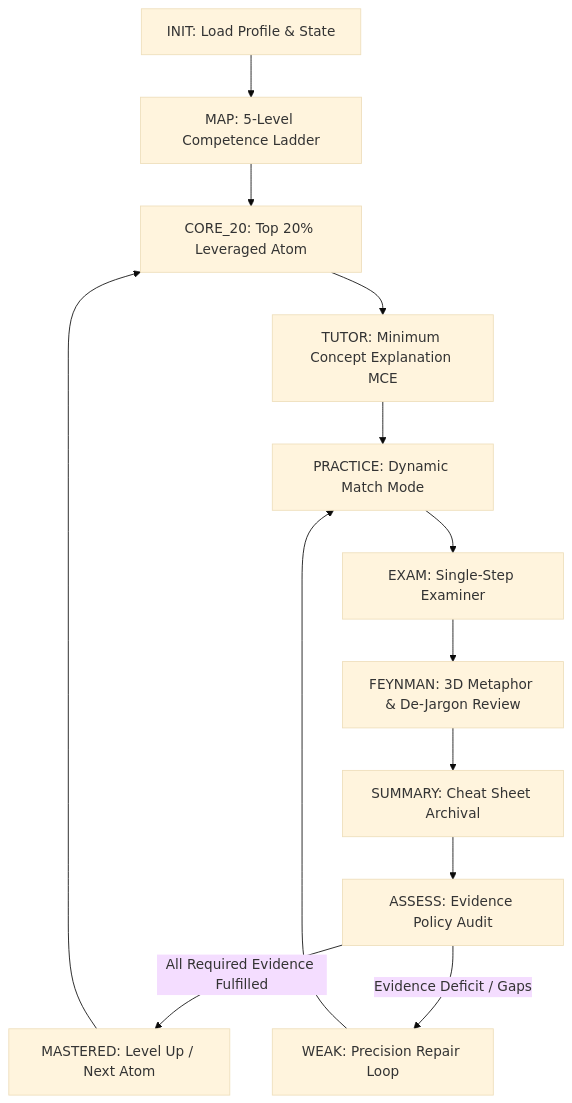
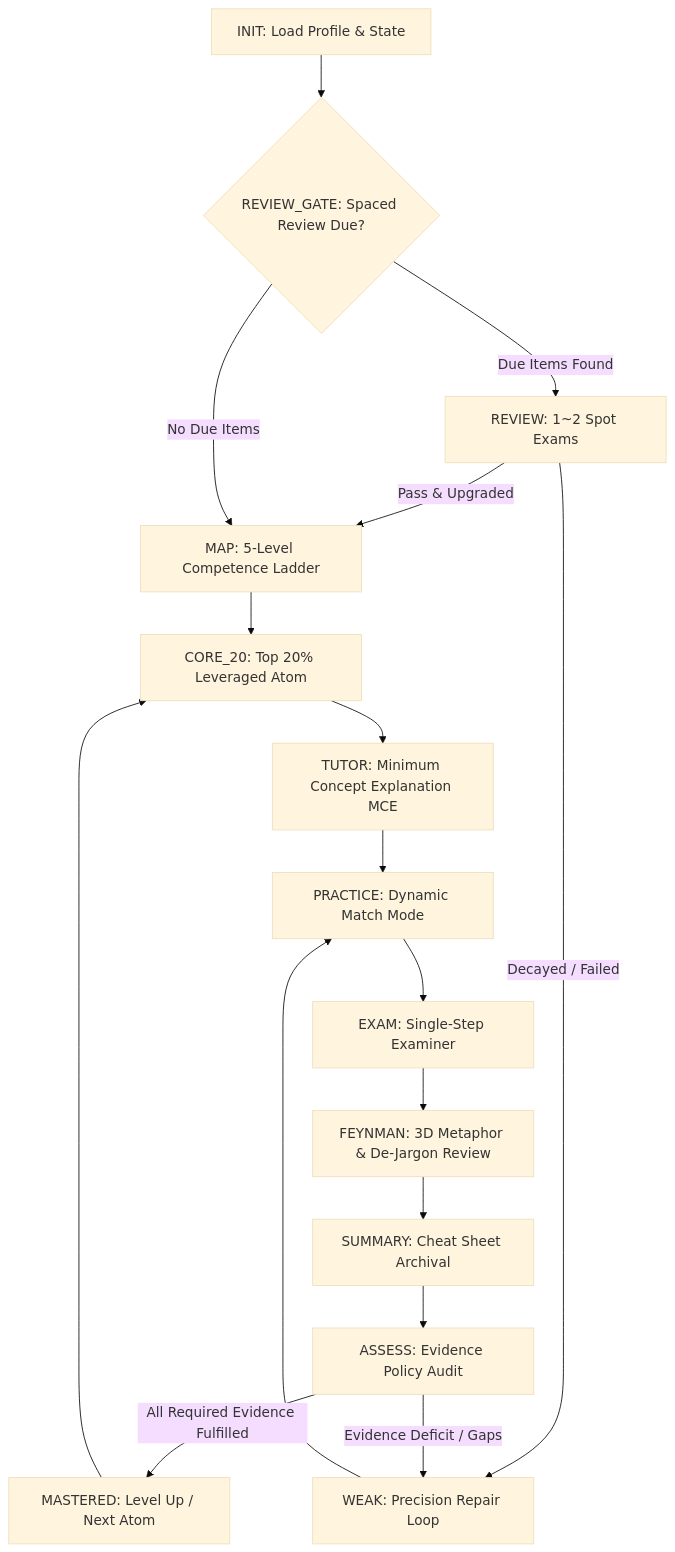
One commit to 1183213030/ai-learning-coach changed the diagram in README.md. Above: the diagram before and after it, drawn with Mermaid (base theme). The commit also changed other lines of this file and 10 other files, not shown here.

Commit message:
feat: integrate Ebbinghaus spaced repetition review engine, add Chinese README and enhance protocol v1.1.0

````diff
--- a/README.md
+++ b/README.md
@@ -58,16 +60,20 @@
 ```mermaid
 graph TD
-    INIT[INIT: Load Profile & State] --> MAP[MAP: 5-Level Competence Ladder]
+    INIT[INIT: Load Profile & State] --> REVIEW_GATE{REVIEW_GATE: Spaced Review Due?}
+    REVIEW_GATE -->|Due Items Found| SPOT_EXAM[REVIEW: 1~2 Spot Exams]
+    SPOT_EXAM -->|Pass & Upgraded| MAP[MAP: 5-Level Competence Ladder]
+    SPOT_EXAM -->|Decayed / Failed| WEAK[WEAK: Precision Repair Loop]
+    REVIEW_GATE -->|No Due Items| MAP
     MAP --> CORE_20[CORE_20: Top 20% Leveraged Atom]
     CORE_20 --> TUTOR[TUTOR: Minimum Concept Explanation MCE]
     TUTOR --> PRACTICE[PRACTICE: Dynamic Match Mode]
     PRACTICE --> EXAM[EXAM: Single-Step Examiner]
     EXAM --> FEYNMAN[FEYNMAN: 3D Metaphor & De-Jargon Review]
     FEYNMAN --> SUMMARY[SUMMARY: Cheat Sheet Archival]
     SUMMARY --> ASSESS[ASSESS: Evidence Policy Audit]
     
     ASSESS -->|All Required Evidence Fulfilled| MASTERED[MASTERED: Level Up / Next Atom]
-    ASSESS -->|Evidence Deficit / Gaps| WEAK[WEAK: Precision Repair Loop]
+    ASSESS -->|Evidence Deficit / Gaps| WEAK
     WEAK --> PRACTICE
     MASTERED --> CORE_20
 ```
````
